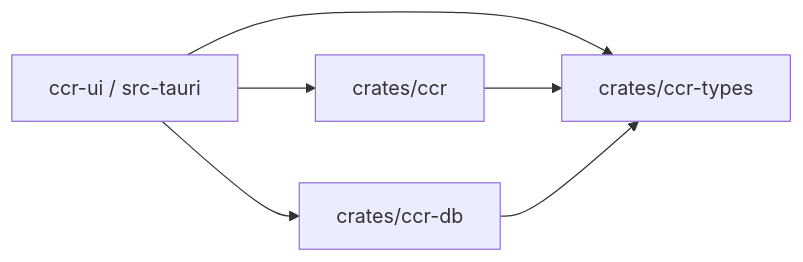
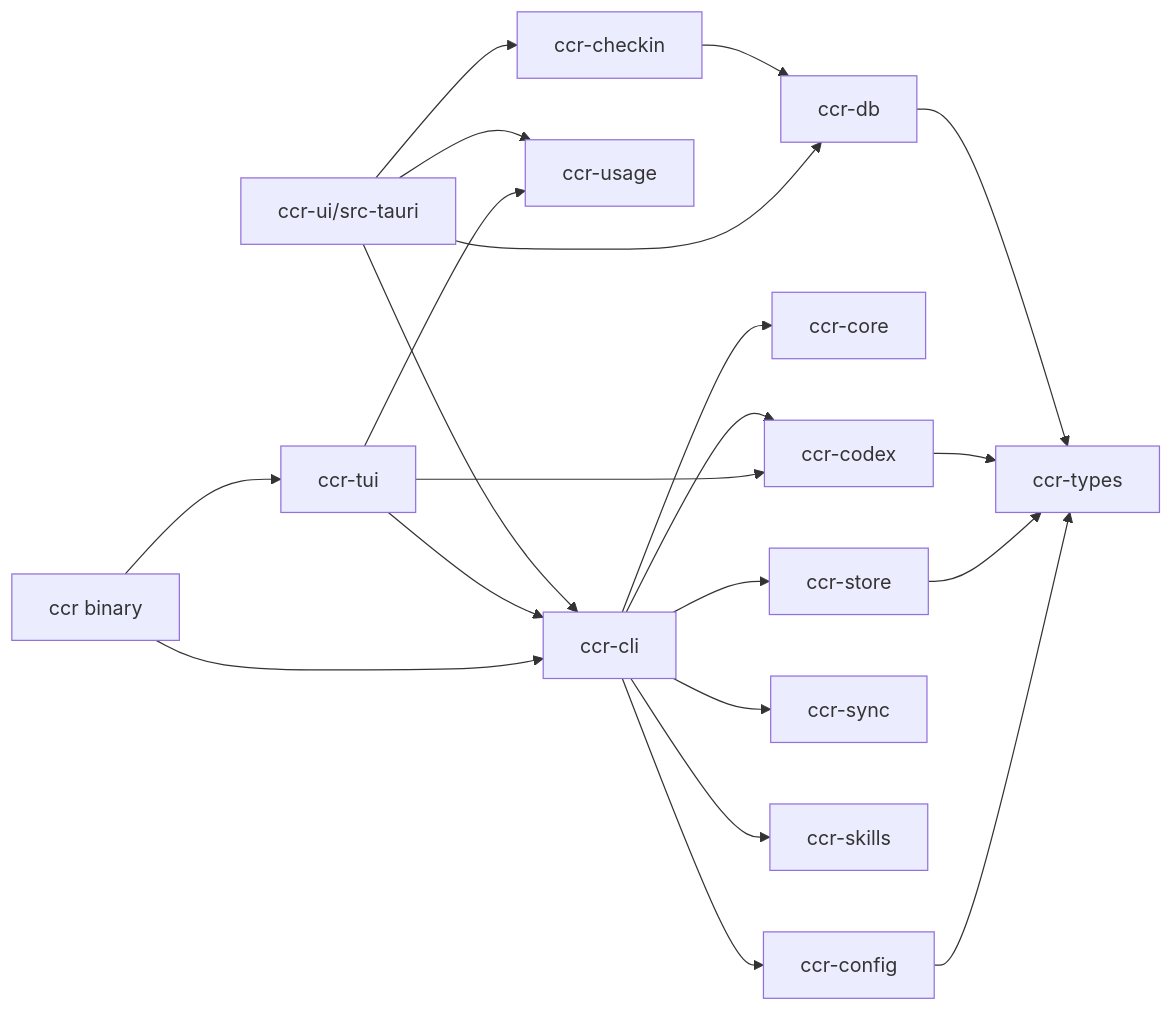
Before and after one commit to bahayonghang/ccr: the diagram in docs/en/reference/architecture.md, drawn with Mermaid. The commit also changed other lines of this file and 21 other files, not shown here.

````diff
--- a/docs/en/reference/architecture.md
+++ b/docs/en/reference/architecture.md
@@ -14,13 +27,23 @@
 ```mermaid
 flowchart LR
-  UI[ccr-ui / src-tauri]
-  CCR[crates/ccr]
-  DB[crates/ccr-db]
-  TYPES[crates/ccr-types]
-
-  UI --> CCR
-  UI --> DB
-  UI --> TYPES
-  CCR --> TYPES
+  BIN[ccr binary] --> CLI[ccr-cli]
+  BIN --> TUI[ccr-tui]
+  TUI --> CLI
+  TUI --> CODEX[ccr-codex]
+  TUI --> USAGE[ccr-usage]
+  CLI --> CORE[ccr-core]
+  CLI --> CONFIG[ccr-config]
+  CLI --> STORE[ccr-store]
+  CLI --> CODEX
+  CLI --> SYNC[ccr-sync]
+  CLI --> SKILLS[ccr-skills]
+  DESKTOP[ccr-ui/src-tauri] --> CLI
+  DESKTOP --> DB[ccr-db]
+  DESKTOP --> CHECKIN[ccr-checkin]
+  DESKTOP --> USAGE
+  CHECKIN --> DB
+  CONFIG --> TYPES[ccr-types]
+  STORE --> TYPES
+  CODEX --> TYPES
   DB --> TYPES
 ```
````
